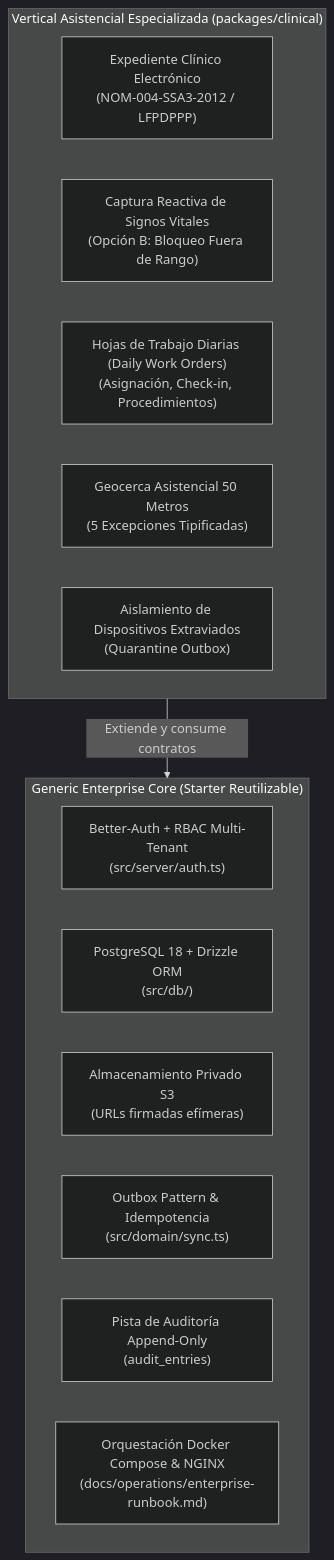
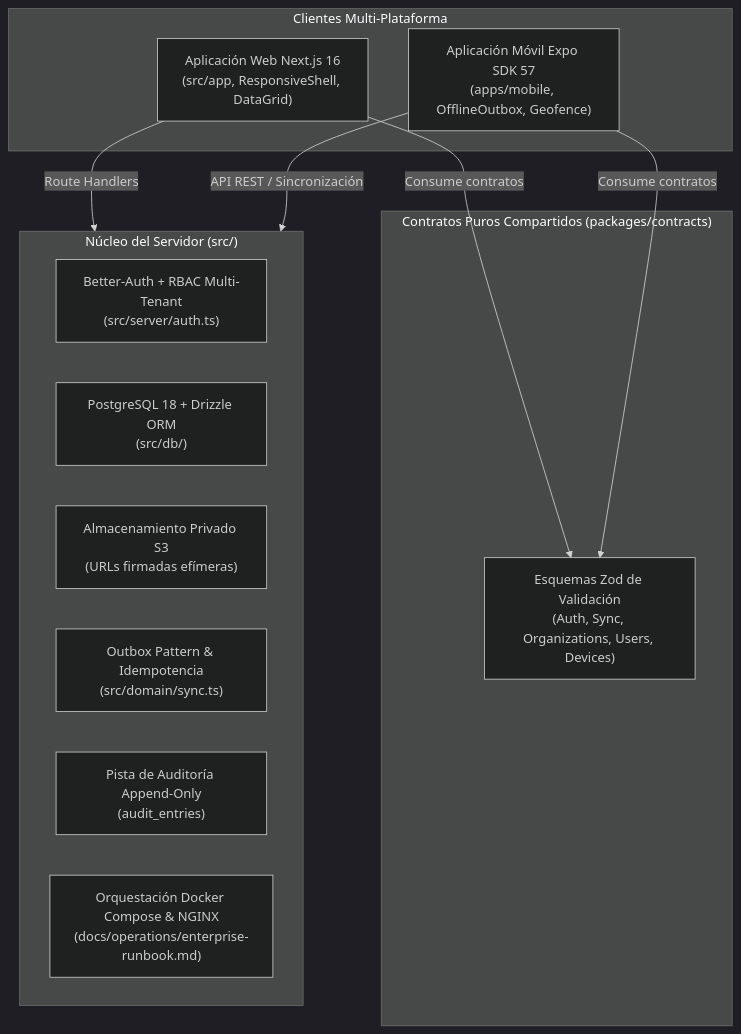
One commit to miguelms/GoldenStarterCodex changed the first of 7 diagrams in docs/architecture/starter-architecture-guide.md. Above: the diagram before and after it, drawn with Mermaid (dark theme). The commit also changed other lines of this file and 43 other files, not shown here.

Commit message:
chore(starter): purge all CareFlow/clinical domain residue into pure neutral Golden Starter V3

````diff
--- a/docs/architecture/starter-architecture-guide.md
+++ b/docs/architecture/starter-architecture-guide.md
@@ -72,21 +71,25 @@
 ```mermaid
 flowchart TD
-    subgraph Core["Generic Enterprise Core (Starter Reutilizable)"]
+    subgraph Clients["Clientes Multi-Plataforma"]
+        Web["Aplicación Web Next.js 16<br/>(src/app, ResponsiveShell, DataGrid)"]
+        Mobile["Aplicación Móvil Expo SDK 57<br/>(apps/mobile, OfflineOutbox, Geofence)"]
+    end
+
+    subgraph Contracts["Contratos Puros Compartidos (packages/contracts)"]
+        ZodSchemas["Esquemas Zod de Validación<br/>(Auth, Sync, Organizations, Users, Devices)"]
+    end
+
+    subgraph Core["Núcleo del Servidor (src/)"]
         Auth["Better-Auth + RBAC Multi-Tenant<br/>(src/server/auth.ts)"]
         DB["PostgreSQL 18 + Drizzle ORM<br/>(src/db/)"]
         S3["Almacenamiento Privado S3<br/>(URLs firmadas efímeras)"]
         Outbox["Outbox Pattern & Idempotencia<br/>(src/domain/sync.ts)"]
         Audit["Pista de Auditoría Append-Only<br/>(audit_entries)"]
         SRE["Orquestación Docker Compose & NGINX<br/>(docs/operations/enterprise-runbook.md)"]
     end
 
-    subgraph Clinical["Vertical Asistencial Especializada (packages/clinical)"]
-        NOM["Expediente Clínico Electrónico<br/>(NOM-004-SSA3-2012 / LFPDPPP)"]
-        Vitals["Captura Reactiva de Signos Vitales<br/>(Opción B: Bloqueo Fuera de Rango)"]
-        WorkOrders["Hojas de Trabajo Diarias (Daily Work Orders)<br/>(Asignación, Check-in, Procedimientos)"]
-        Geofence["Geocerca Asistencial 50 Metros<br/>(5 Excepciones Tipificadas)"]
-        Quarantine["Aislamiento de Dispositivos Extraviados<br/>(Quarantine Outbox)"]
-    end
-
-    Clinical -->|Extiende y consume contratos| Core
+    Web -->|Consume contratos| ZodSchemas
+    Mobile -->|Consume contratos| ZodSchemas
+    Web -->|Route Handlers| Core
+    Mobile -->|API REST / Sincronización| Core
 ```
````
